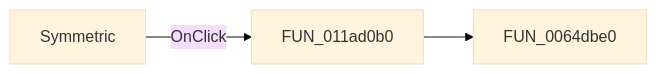
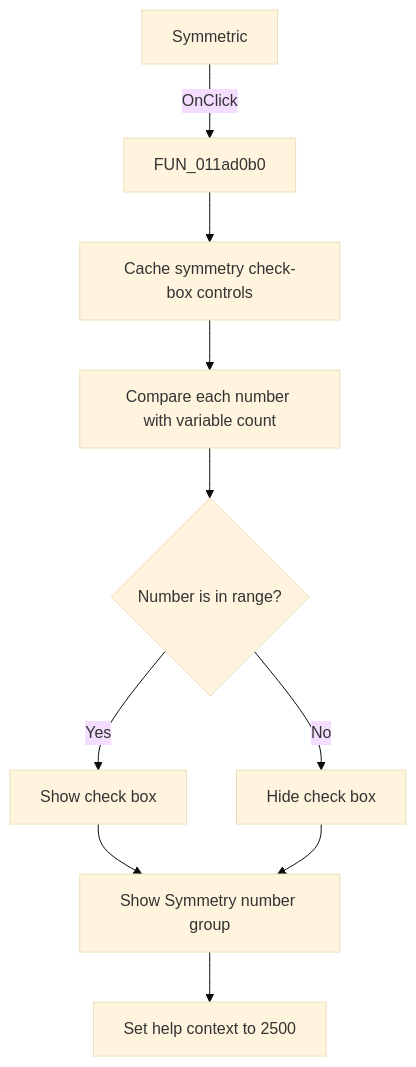
One commit to MovGP0/TIARA changed the diagram in docs/ui-controls/tables-form/radiosymm-f4379e7118.md. Above: the diagram before and after it, drawn with Mermaid (base theme). The commit also changed other lines of this file and 387 other files, not shown here.

````diff
--- a/docs/ui-controls/tables-form/radiosymm-f4379e7118.md
+++ b/docs/ui-controls/tables-form/radiosymm-f4379e7118.md
@@ -27,5 +27,12 @@
 ```mermaid
-flowchart LR
+flowchart TD
     control["Symmetric"] -->|OnClick| handler["FUN_011ad0b0"]
-    handler --> call1["FUN_0064dbe0"]
+    handler --> cache["Cache symmetry check-box controls"]
+    cache --> range["Compare each number with variable count"]
+    range --> visible{"Number is in range?"}
+    visible -->|Yes| show["Show check box"]
+    visible -->|No| hide["Hide check box"]
+    show --> group["Show Symmetry number group"]
+    hide --> group
+    group --> topic["Set help context to 2500"]
 ```
````
